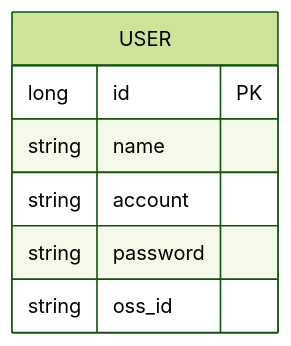
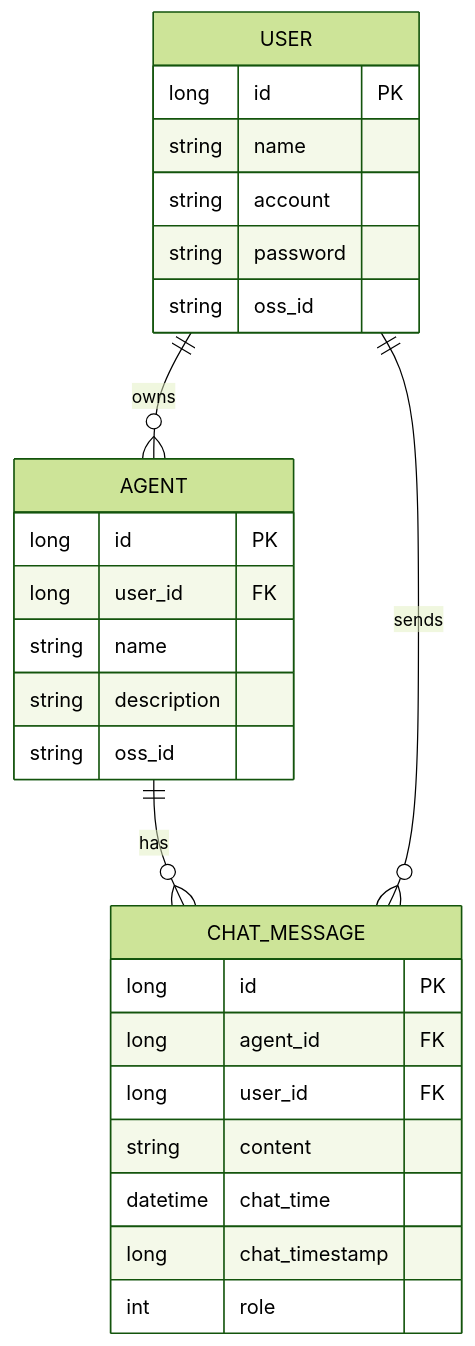
Before and after one commit to nangong918/magic-vector: diagram 11 of 14 in springboot/docs/SpringBootDesignDocument.md, drawn with Mermaid (forest theme). The commit also changed other lines of this file and 3 other files, not shown here.

````diff
--- a/springboot/docs/SpringBootDesignDocument.md
+++ b/springboot/docs/SpringBootDesignDocument.md
@@ -222,10 +224,29 @@
 ```mermaid
 erDiagram
+    USER ||--o{ AGENT : owns
+    AGENT ||--o{ CHAT_MESSAGE : has
+    USER ||--o{ CHAT_MESSAGE : sends
     USER {
       long id PK
       string name
       string account
       string password
       string oss_id
     }
+    AGENT {
+      long id PK
+      long user_id FK
+      string name
+      string description
+      string oss_id
+    }
+    CHAT_MESSAGE {
+      long id PK
+      long agent_id FK
+      long user_id FK
+      string content
+      datetime chat_time
+      long chat_timestamp
+      int role
+    }
 ```
````
